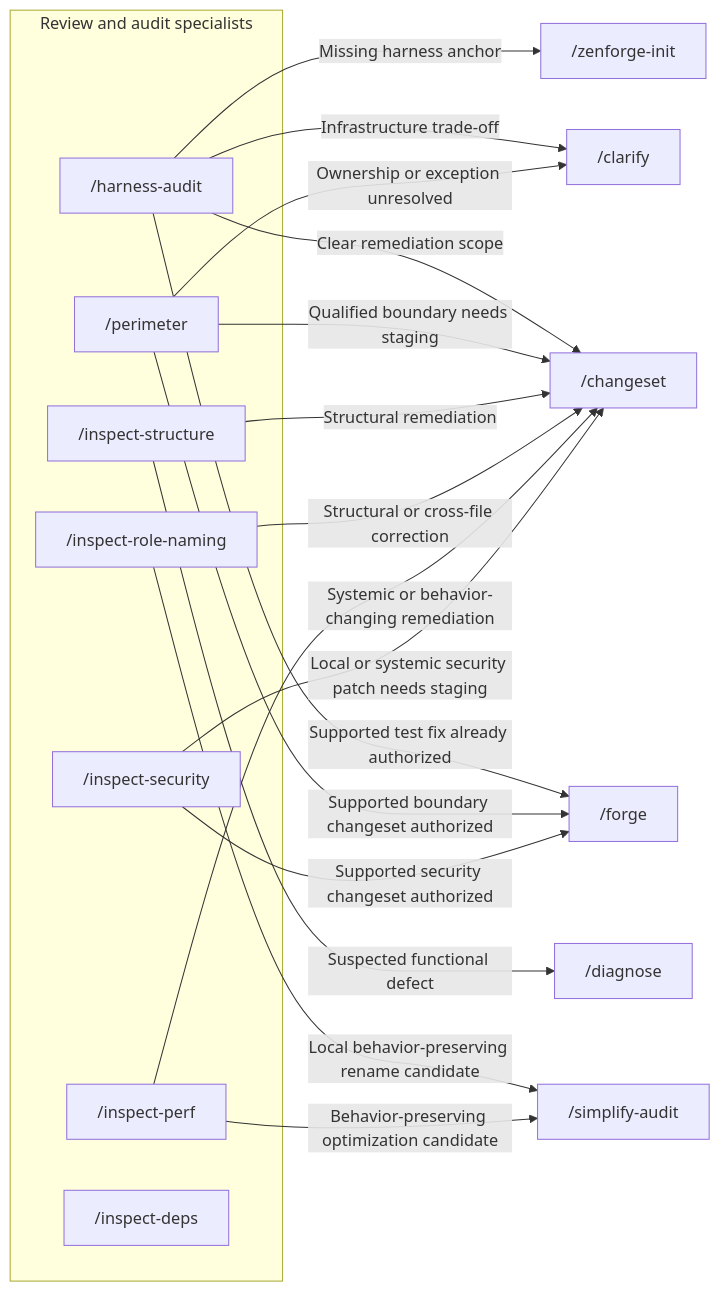
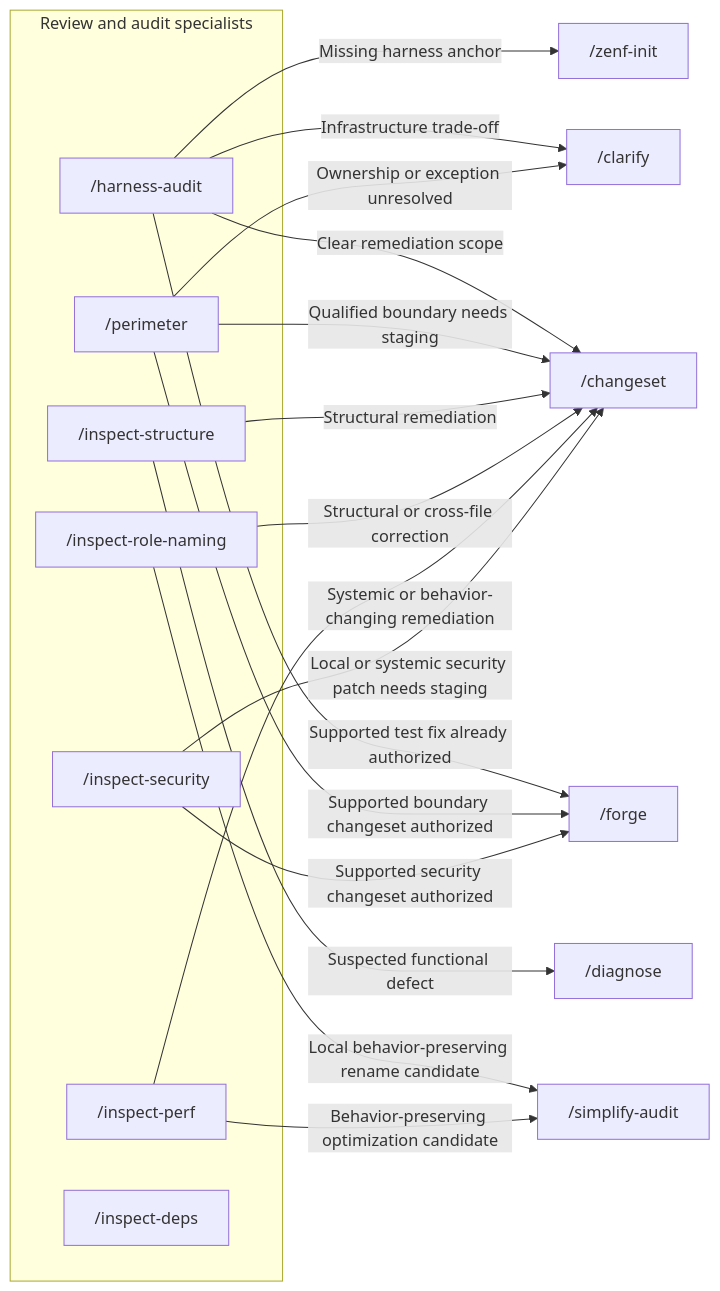
One commit to venhdev/skills changed the second of 3 diagrams in docs/skill-connections.md. Above: the diagram before and after it, drawn with Mermaid. The commit also changed other lines of this file and 9 other files, not shown here.

First line of the commit message:
refactor(skills): rename zenforge core skills to zenf-* prefix

````diff
--- a/docs/skill-connections.md
+++ b/docs/skill-connections.md
@@ -105,34 +105,34 @@
 ```mermaid
 flowchart LR
     subgraph inspection[Review and audit specialists]
         harness["/harness-audit"]
         perimeter["/perimeter"]
         structure["/inspect-structure"]
         naming["/inspect-role-naming"]
         perf["/inspect-perf"]
         security["/inspect-security"]
         deps["/inspect-deps"]
     end
-    init["/zenforge-init"]
+    init["/zenf-init"]
     clarify["/clarify"]
     changeset["/changeset"]
     forge["/forge"]
     simplify["/simplify-audit"]
     diagnose["/diagnose"]
 
     harness -->|Missing harness anchor| init
     harness -->|Infrastructure trade-off| clarify
     harness -->|Clear remediation scope| changeset
     harness -->|Supported test fix already authorized| forge
     perimeter -->|Ownership or exception unresolved| clarify
     perimeter -->|Qualified boundary needs staging| changeset
     perimeter -->|Supported boundary changeset authorized| forge
     structure -->|Structural remediation| changeset
     structure -->|Suspected functional defect| diagnose
     naming -->|Structural or cross-file correction| changeset
     naming -->|Local behavior-preserving rename candidate| simplify
     perf -->|Systemic or behavior-changing remediation| changeset
     perf -->|Behavior-preserving optimization candidate| simplify
     security -->|Local or systemic security patch needs staging| changeset
     security -->|Supported security changeset authorized| forge
 ```
````
